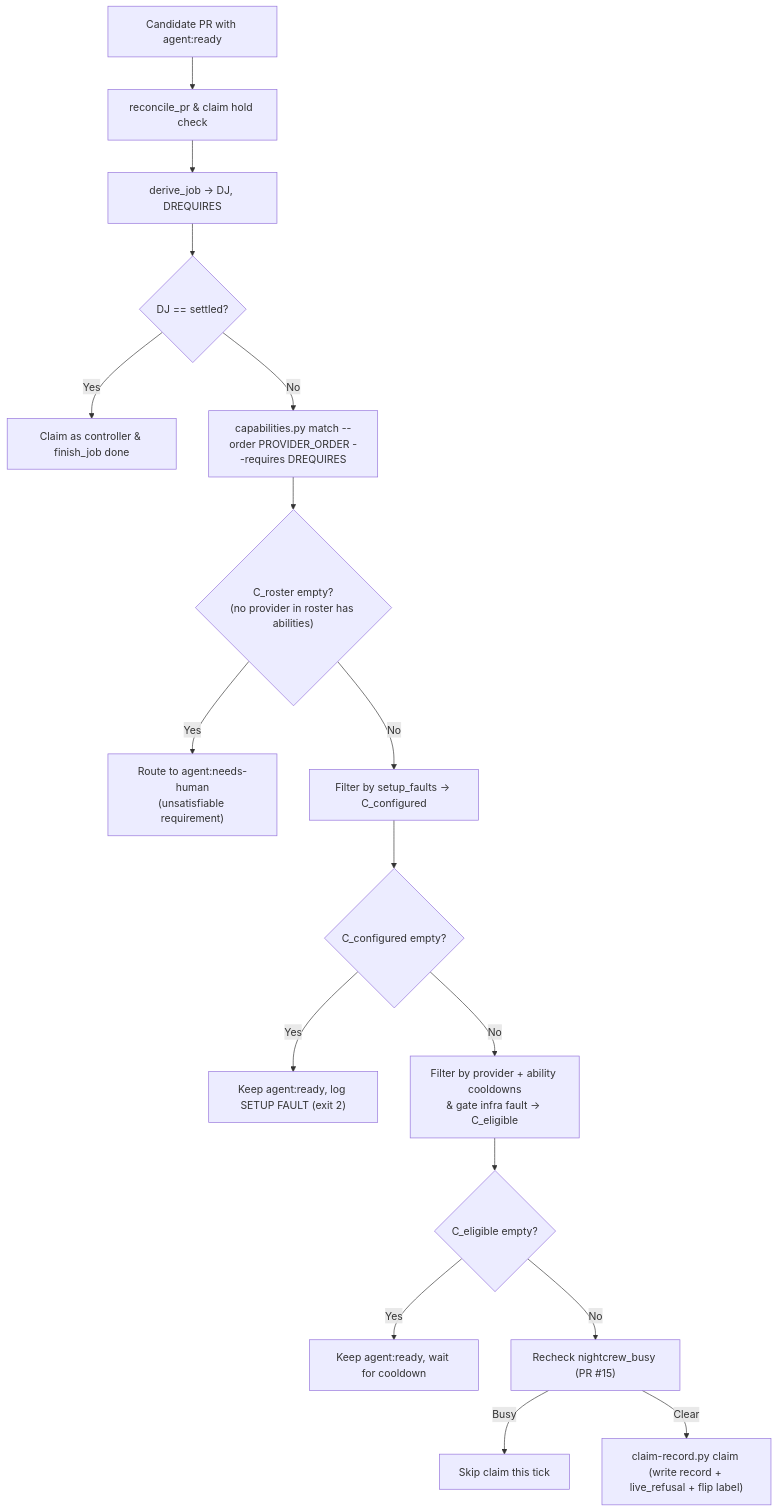
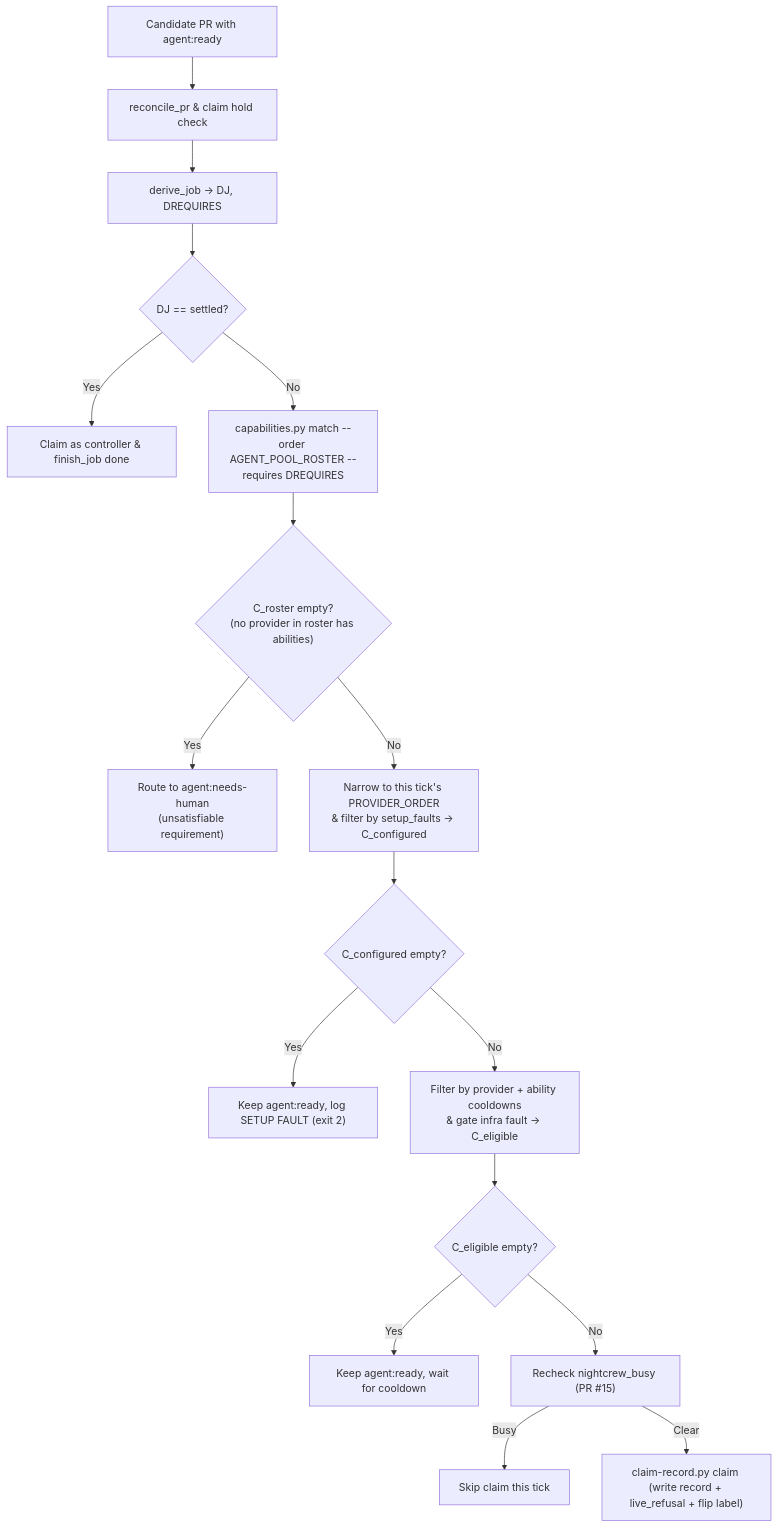
Before and after one commit to CraigThomasParsons/PR-Review-Resolver-Loop-Merge-Gitea-Github: the diagram in docs/plans/provider-capabilities.md, drawn with Mermaid. The commit also changed other lines of this file, not shown here.

First line of the commit message:
docs(provider-capabilities): use the host-wide roster throughout, drop stale line ranges

````diff
--- a/docs/plans/provider-capabilities.md
+++ b/docs/plans/provider-capabilities.md
@@ -162,19 +162,19 @@
 ```mermaid
 flowchart TD
     A["Candidate PR with agent:ready"] --> B["reconcile_pr & claim hold check"]
     B --> C["derive_job -> DJ, DREQUIRES"]
     C --> D{"DJ == settled?"}
     D -- Yes --> E["Claim as controller & finish_job done"]
-    D -- No --> F["capabilities.py match --order PROVIDER_ORDER --requires DREQUIRES"]
+    D -- No --> F["capabilities.py match --order AGENT_POOL_ROSTER --requires DREQUIRES"]
     F --> G{"C_roster empty?<br/>(no provider in roster has abilities)"}
     G -- Yes --> H["Route to agent:needs-human<br/>(unsatisfiable requirement)"]
-    G -- No --> I["Filter by setup_faults -> C_configured"]
+    G -- No --> I["Narrow to this tick's PROVIDER_ORDER<br/>& filter by setup_faults -> C_configured"]
     I --> J{"C_configured empty?"}
     J -- Yes --> K["Keep agent:ready, log SETUP FAULT (exit 2)"]
     J -- No --> L["Filter by provider + ability cooldowns<br/>& gate infra fault -> C_eligible"]
     L --> M{"C_eligible empty?"}
     M -- Yes --> N["Keep agent:ready, wait for cooldown"]
     M -- No --> O["Recheck nightcrew_busy (PR #15)"]
     O -- Busy --> P["Skip claim this tick"]
     O -- Clear --> Q["claim-record.py claim (write record + live_refusal + flip label)"]
 ```
````
